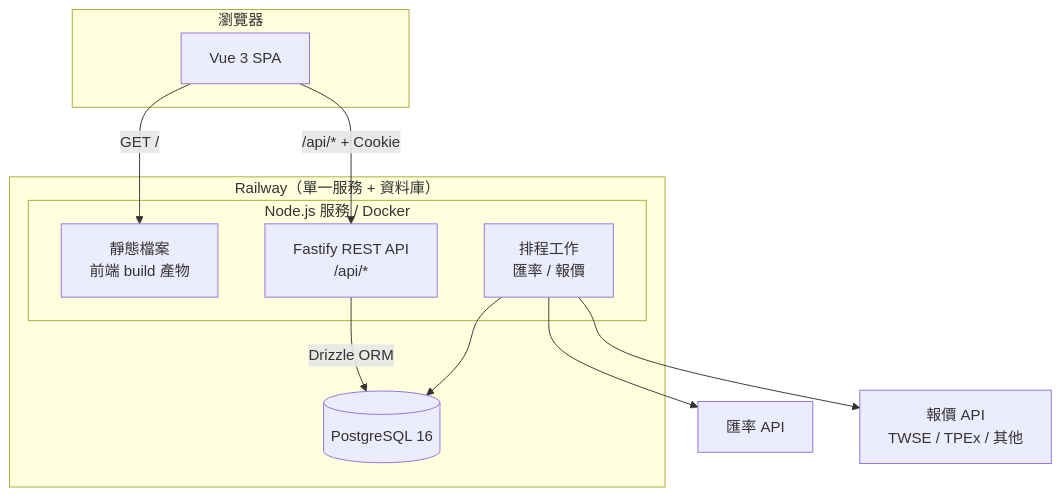
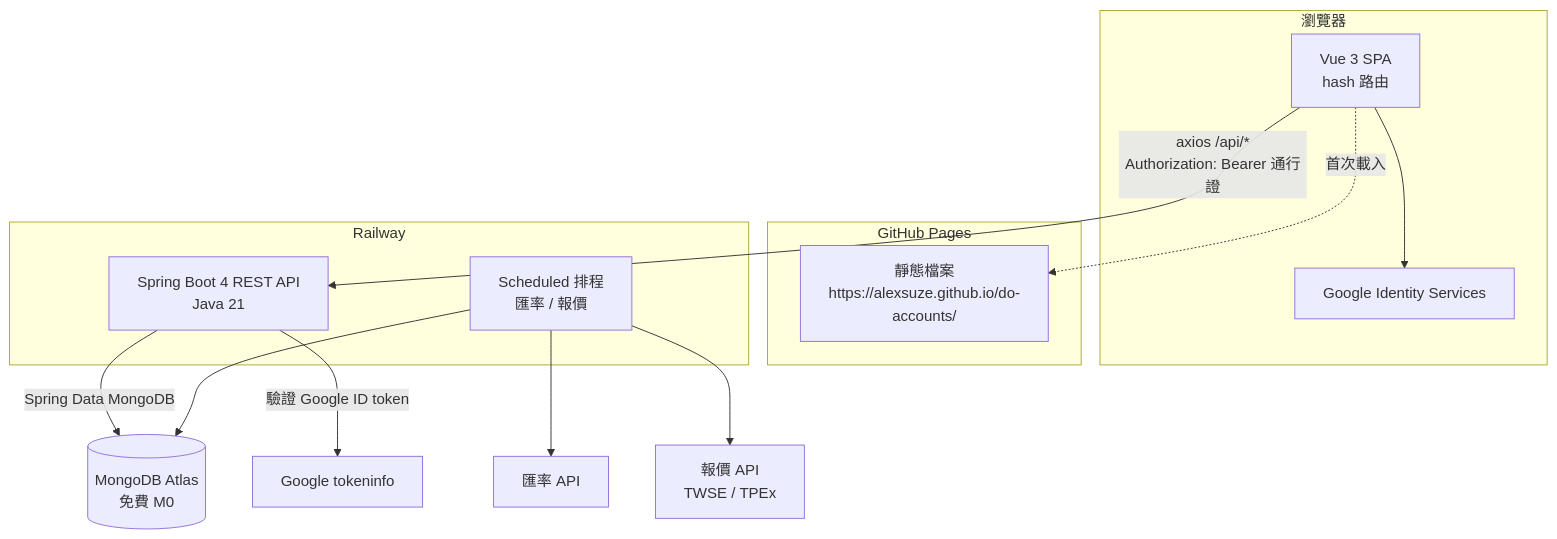
Before and after one commit to alexsuze/do-accounts: the first of 6 diagrams in docs/SD.md, drawn with Mermaid. The commit also changed other lines of this file and 3 other files, not shown here.

````diff
--- a/docs/SD.md
+++ b/docs/SD.md
@@ -23,23 +27,27 @@
 ```mermaid
 graph TB
     subgraph Browser[瀏覽器]
-        SPA[Vue 3 SPA]
+        SPA[Vue 3 SPA<br/>hash 路由]
+        GIS[Google Identity Services]
     end
-    subgraph Railway[Railway（單一服務 + 資料庫）]
-        subgraph App[Node.js 服務 / Docker]
-            STATIC[靜態檔案<br/>前端 build 產物]
-            API[Fastify REST API<br/>/api/*]
-            JOBS[排程工作<br/>匯率 / 報價]
-        end
-        PG[(PostgreSQL 16)]
+    subgraph Pages[GitHub Pages]
+        STATIC[靜態檔案<br/>https://alexsuze.github.io/do-accounts/]
     end
+    subgraph Railway[Railway]
+        API[Spring Boot 4 REST API<br/>Java 21]
+        JOBS[Scheduled 排程<br/>匯率 / 報價]
+    end
+    ATLAS[(MongoDB Atlas<br/>免費 M0)]
+    GOOGLE[Google tokeninfo]
     FX[匯率 API]
-    QT[報價 API<br/>TWSE / TPEx / 其他]
+    QT[報價 API<br/>TWSE / TPEx]
 
-    SPA -->|GET /| STATIC
-    SPA -->|/api/* + Cookie| API
-    API -->|Drizzle ORM| PG
-    JOBS --> PG
+    SPA -. 首次載入 .-> STATIC
+    SPA --> GIS
+    SPA -->|axios /api/*<br/>Authorization: Bearer 通行證| API
+    API -->|Spring Data MongoDB| ATLAS
+    API -->|驗證 Google ID token| GOOGLE
     JOBS --> FX
     JOBS --> QT
+    JOBS --> ATLAS
 ```
````
